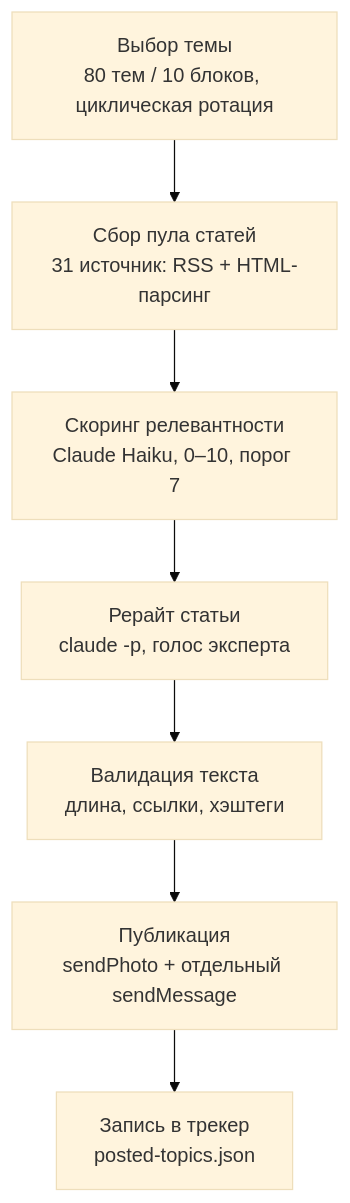
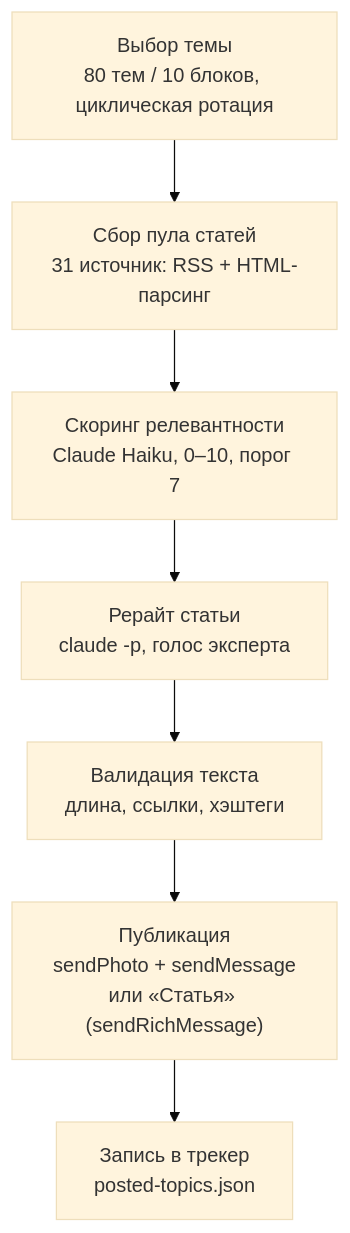
The diagram in README.md (jw-git-hub/psy-aleksander-tg-auto-posts-bot), drawn with Mermaid (base theme) before and after one commit. The commit also changed other lines of this file and 5 other files, not shown here.

````diff
--- a/README.md
+++ b/README.md
@@ -41,9 +44,9 @@
 ```mermaid
 flowchart TD
     A["Выбор темы<br/>80 тем / 10 блоков, циклическая ротация"] --> B["Сбор пула статей<br/>31 источник: RSS + HTML-парсинг"]
     B --> C["Скоринг релевантности<br/>Claude Haiku, 0–10, порог 7"]
     C --> D["Рерайт статьи<br/>claude -p, голос эксперта"]
     D --> E["Валидация текста<br/>длина, ссылки, хэштеги"]
-    E --> F["Публикация<br/>sendPhoto + отдельный sendMessage"]
+    E --> F["Публикация<br/>sendPhoto + sendMessage<br/>или «Статья» (sendRichMessage)"]
     F --> G["Запись в трекер<br/>posted-topics.json"]
 ```
````
